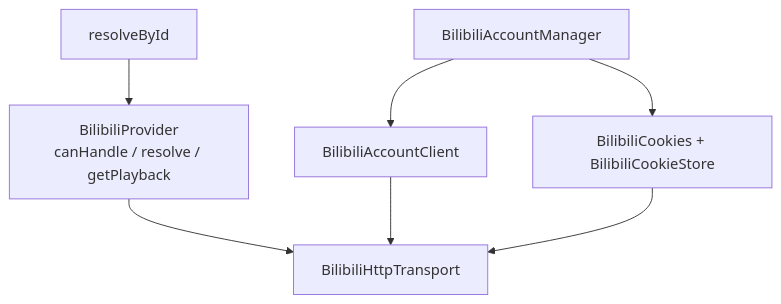
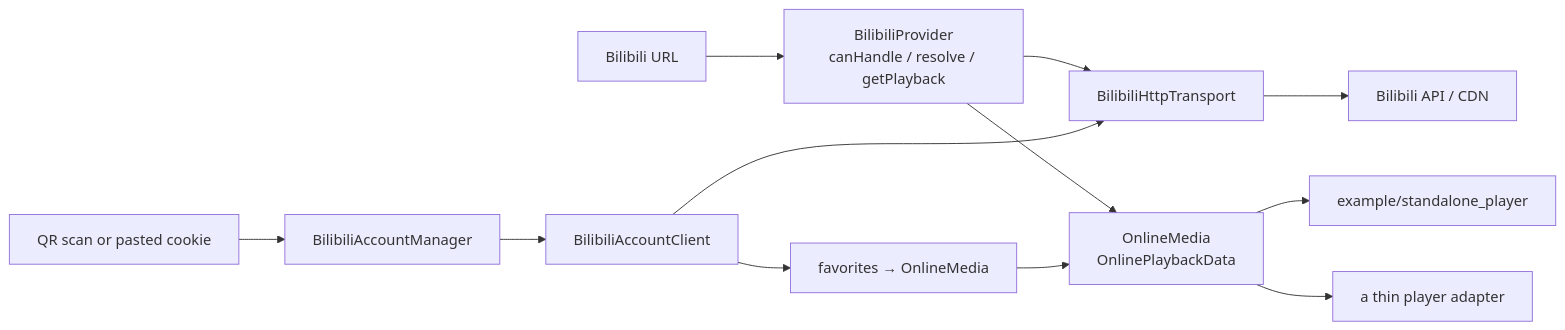
Before and after one commit to DiWu17/namida-bilibili-provider: the diagram in README.md, drawn with Mermaid. The commit also changed other lines of this file, not shown here.

````diff
--- a/README.md
+++ b/README.md
@@ -71,16 +55,14 @@
 ```mermaid
-flowchart TD
-    Provider[BilibiliProvider<br/>canHandle / resolve / getPlayback]
-    ResolveById[resolveById]
-    AccountClient[BilibiliAccountClient]
-    Manager[BilibiliAccountManager]
-    Cookies[BilibiliCookies + BilibiliCookieStore]
-    Transport[BilibiliHttpTransport]
-
-    Provider --> Transport
-    ResolveById --> Provider
-    AccountClient --> Transport
-    Manager --> AccountClient
-    Manager --> Cookies
-    Cookies --> Transport
+flowchart LR
+    URL["Bilibili URL"] --> Provider["BilibiliProvider<br/>canHandle / resolve / getPlayback"]
+    QR["QR scan or pasted cookie"] --> Manager["BilibiliAccountManager"]
+    Manager --> AccountClient["BilibiliAccountClient"]
+    Provider --> HTTP["BilibiliHttpTransport"]
+    AccountClient --> HTTP
+    HTTP --> API["Bilibili API / CDN"]
+    Provider --> DTO["OnlineMedia<br/>OnlinePlaybackData"]
+    AccountClient --> Favorites["favorites → OnlineMedia"]
+    Favorites --> DTO
+    DTO --> Demo["example/standalone_player"]
+    DTO --> Adapter["a thin player adapter"]
 ```
````
